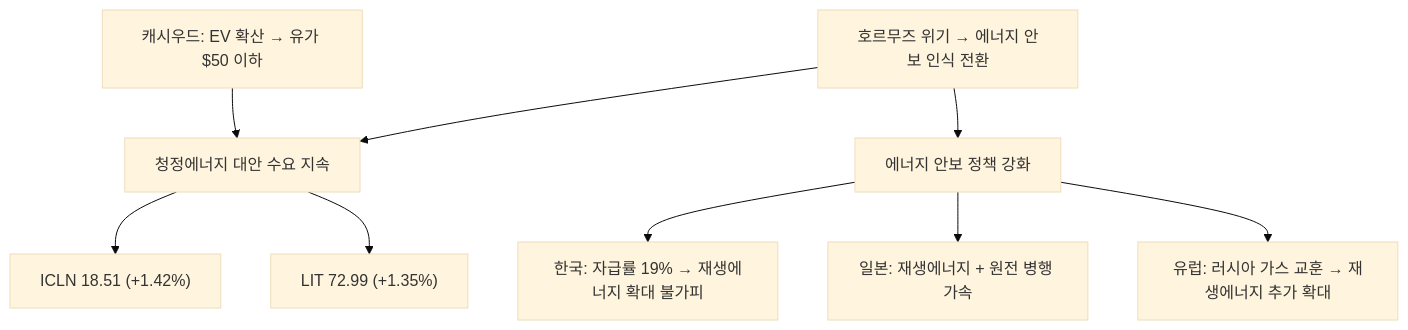
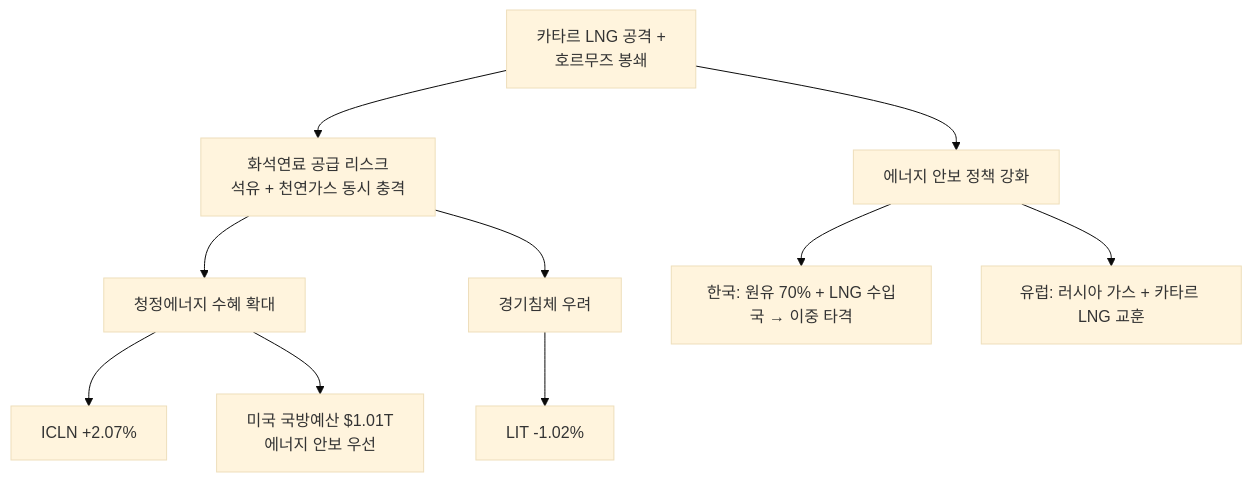
One commit to dss99911/dss99911.github.io changed the eighth of 11 diagrams in _posts/knowledge/invest/2026-03-07-energy-sector-outlook-2026.md. Above: the diagram before and after it, drawn with Mermaid (base theme). The commit also changed other lines of this file and 2 other files, not shown here.

First line of the commit message:
Daily investment report update 2026-03-20: Iran Qatar LNG attack, CHBM, Groq3

````diff
--- a/_posts/knowledge/invest/2026-03-07-energy-sector-outlook-2026.md
+++ b/_posts/knowledge/invest/2026-03-07-energy-sector-outlook-2026.md
@@ -330,11 +355,12 @@
 ```mermaid
 graph TD
-    A["호르무즈 위기 → 에너지 안보 인식 전환"] --> B["청정에너지 대안 수요 지속"]
-    B --> C["ICLN 18.51 (+1.42%)"]
-    B --> D["LIT 72.99 (+1.35%)"]
-    A --> E["에너지 안보 정책 강화"]
-    E --> F["한국: 자급률 19% → 재생에너지 확대 불가피"]
-    E --> G["일본: 재생에너지 + 원전 병행 가속"]
-    E --> H["유럽: 러시아 가스 교훈 → 재생에너지 추가 확대"]
-    I["캐시우드: EV 확산 → 유가 $50 이하"] --> B
+    A["카타르 LNG 공격 +<br/>호르무즈 봉쇄"] --> B["화석연료 공급 리스크<br/>석유 + 천연가스 동시 충격"]
+    B --> C["청정에너지 수혜 확대"]
+    C --> D["ICLN +2.07%"]
+    C --> E["미국 국방예산 $1.01T<br/>에너지 안보 우선"]
+    B --> F["경기침체 우려"]
+    F --> G["LIT -1.02%"]
+    A --> H["에너지 안보 정책 강화"]
+    H --> I["한국: 원유 70% + LNG 수입국 → 이중 타격"]
+    H --> J["유럽: 러시아 가스 + 카타르 LNG 교훈"]
 ```
````
